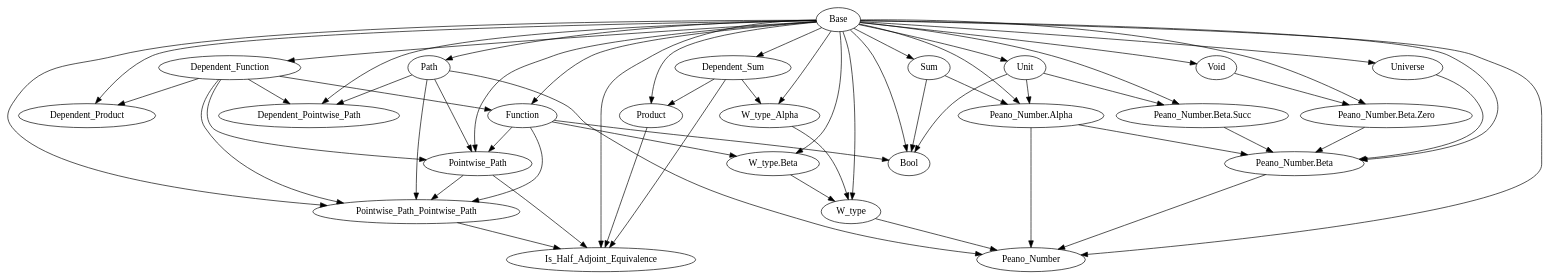
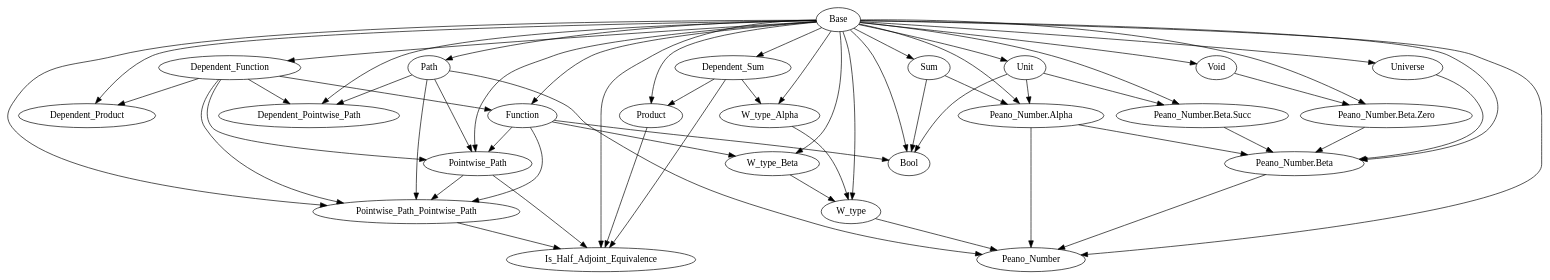
Before and after one commit to Hexirp/googology-in-coq: the diagram in libraries/dependencies.gv, drawn with Graphviz. The commit also changed 4 other files, not shown here.

Commit message:
Update: W_type.Beta を W_type_Beta に移動する

```diff
--- a/libraries/dependencies.gv
+++ b/libraries/dependencies.gv
@@ -1,84 +1,84 @@
 digraph Dependencies {
   # Base
   # Dependent_Function
   "Base" -> "Dependent_Function";
   # Function
   "Base" -> "Function";
   "Dependent_Function" -> "Function";
   # Dependent_Product
   "Base" -> "Dependent_Product";
   "Dependent_Function" -> "Dependent_Product";
   # Dependent_Sum
   "Base" -> "Dependent_Sum";
   # Product
   "Base" -> "Product";
   "Dependent_Sum" -> "Product";
   # Sum
   "Base" -> "Sum";
   # Unit
   "Base" -> "Unit";
   # Void
   "Base" -> "Void";
   # W_type_Alpha
   "Base" -> "W_type_Alpha";
   "Dependent_Sum" -> "W_type_Alpha";
-  # W_type.Beta
-  "Base" -> "W_type.Beta";
-  "Function" -> "W_type.Beta";
+  # W_type_Beta
+  "Base" -> "W_type_Beta";
+  "Function" -> "W_type_Beta";
   # W_type
   "Base" -> "W_type";
   "W_type_Alpha" -> "W_type";
-  "W_type.Beta" -> "W_type";
+  "W_type_Beta" -> "W_type";
   # Universe
   "Base" -> "Universe";
   # Path
   "Base" -> "Path";
   # Dependent_Pointwise_Path
   "Base" -> "Dependent_Pointwise_Path";
   "Dependent_Function" -> "Dependent_Pointwise_Path";
   "Path" -> "Dependent_Pointwise_Path";
   # Pointwise_Path
   "Base" -> "Pointwise_Path";
   "Dependent_Function" -> "Pointwise_Path";
   "Function" -> "Pointwise_Path";
   "Path" -> "Pointwise_Path";
   # Pointwise_Path_Pointwise_Path
   "Base" -> "Pointwise_Path_Pointwise_Path";
   "Dependent_Function" -> "Pointwise_Path_Pointwise_Path";
   "Function" -> "Pointwise_Path_Pointwise_Path";
   "Path" -> "Pointwise_Path_Pointwise_Path";
   "Pointwise_Path" -> "Pointwise_Path_Pointwise_Path";
   # Is_Half_Adjoint_Equivalence
   "Base" -> "Is_Half_Adjoint_Equivalence";
   "Dependent_Sum" -> "Is_Half_Adjoint_Equivalence";
   "Product" -> "Is_Half_Adjoint_Equivalence";
   "Pointwise_Path" -> "Is_Half_Adjoint_Equivalence";
   "Pointwise_Path_Pointwise_Path" -> "Is_Half_Adjoint_Equivalence";
   # Bool
   "Base" -> "Bool";
   "Function" -> "Bool";
   "Sum" -> "Bool";
   "Unit" -> "Bool";
   # Peano_Number.Alpha
   "Base" -> "Peano_Number.Alpha";
   "Sum" -> "Peano_Number.Alpha";
   "Unit" -> "Peano_Number.Alpha";
   # Peano_Number.Beta.Zero
   "Base" -> "Peano_Number.Beta.Zero";
   "Void" -> "Peano_Number.Beta.Zero";
   # Peano_Number.Beta.Succ
   "Base" -> "Peano_Number.Beta.Succ";
   "Unit" -> "Peano_Number.Beta.Succ";
   # Peano_Number.Beta
   "Base" -> "Peano_Number.Beta";
   "Universe" -> "Peano_Number.Beta";
   "Peano_Number.Alpha" -> "Peano_Number.Beta";
   "Peano_Number.Beta.Zero" -> "Peano_Number.Beta";
   "Peano_Number.Beta.Succ" -> "Peano_Number.Beta";
   # Peano_Number
   "Base" -> "Peano_Number";
   "W_type" -> "Peano_Number";
   "Path" -> "Peano_Number";
   "Peano_Number.Alpha" -> "Peano_Number";
   "Peano_Number.Beta" -> "Peano_Number";
 }
```
